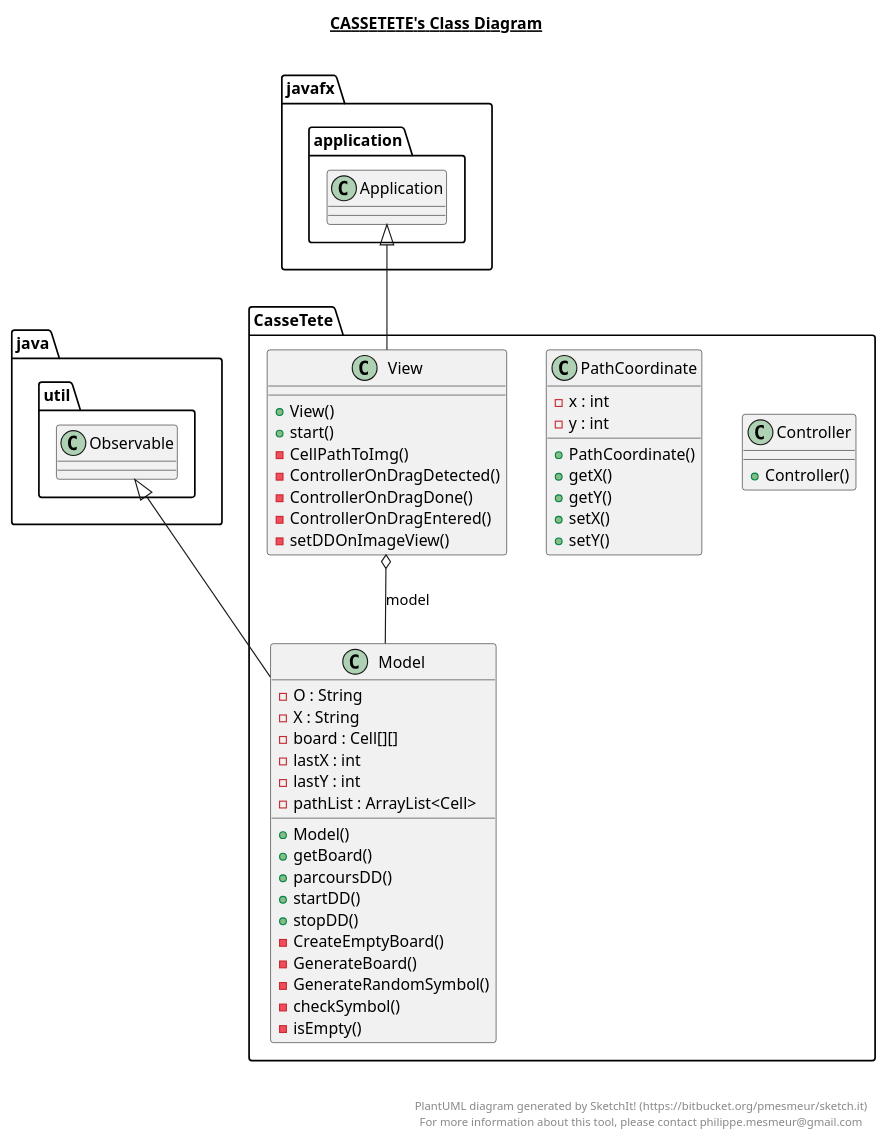
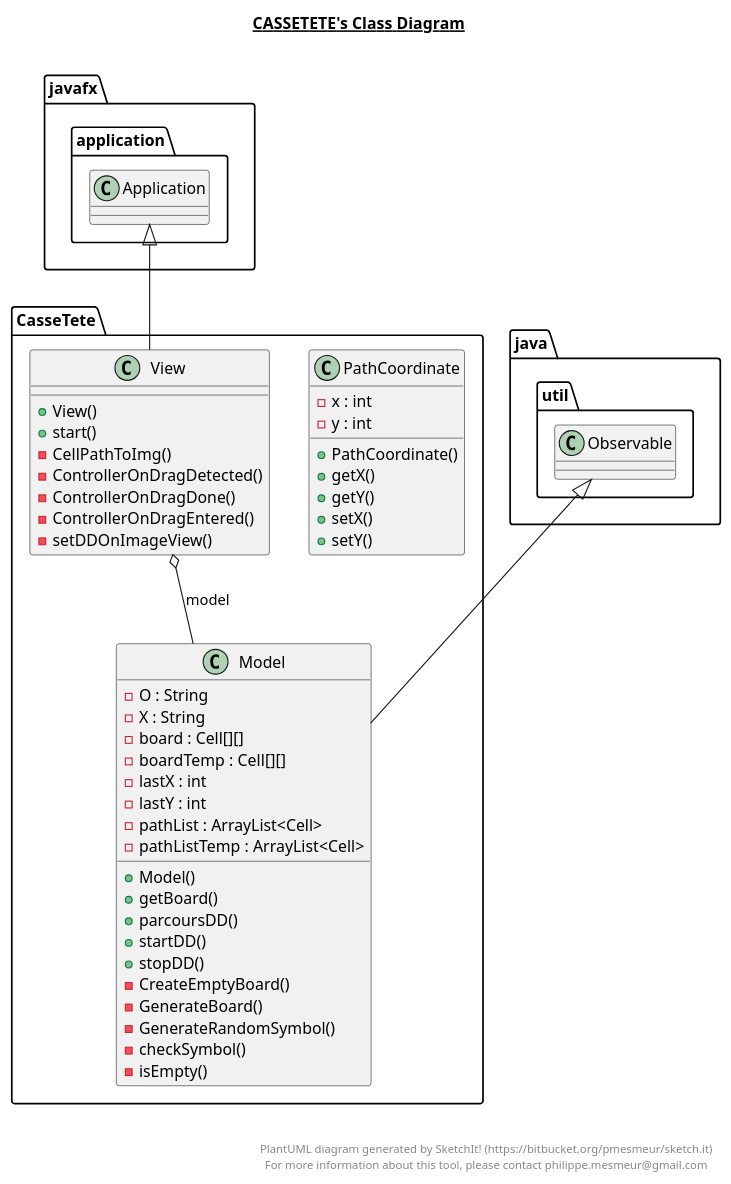
The diagram in src/CasseTete/CasseTete.plantuml (Mex21/CasseTete), drawn with PlantUML before and after one commit. The commit also changed 11 other files, not shown here.

```diff
--- a/src/CasseTete/CasseTete.plantuml
+++ b/src/CasseTete/CasseTete.plantuml
@@ -1,72 +1,67 @@
 @startuml
 
 title __CASSETETE's Class Diagram__\n
-
-  namespace CasseTete {
-    class CasseTete.Controller {
-        + Controller()
-    }
-  }
-  
 
   namespace CasseTete {
     class CasseTete.Model {
         - O : String
         - X : String
         - board : Cell[][]
+        - boardTemp : Cell[][]
         - lastX : int
         - lastY : int
         - pathList : ArrayList<Cell>
+        - pathListTemp : ArrayList<Cell>
         + Model()
         + getBoard()
         + parcoursDD()
         + startDD()
         + stopDD()
         - CreateEmptyBoard()
         - GenerateBoard()
         - GenerateRandomSymbol()
         - checkSymbol()
         - isEmpty()
     }
   }
   
 
   namespace CasseTete {
     class CasseTete.PathCoordinate {
         - x : int
         - y : int
         + PathCoordinate()
         + getX()
         + getY()
         + setX()
         + setY()
     }
   }
   
 
   namespace CasseTete {
     class CasseTete.View {
         + View()
         + start()
         - CellPathToImg()
         - ControllerOnDragDetected()
         - ControllerOnDragDone()
         - ControllerOnDragEntered()
         - setDDOnImageView()
     }
   }
   
 
   CasseTete.Model -up-|> java.util.Observable
   CasseTete.View -up-|> javafx.application.Application
   CasseTete.View o-- CasseTete.Model : model
 
 
 right footer
 
 
 PlantUML diagram generated by SketchIt! (https://bitbucket.org/pmesmeur/sketch.it)
 For more information about this tool, please contact philippe.mesmeur@gmail.com
 endfooter
 
 @enduml
```
